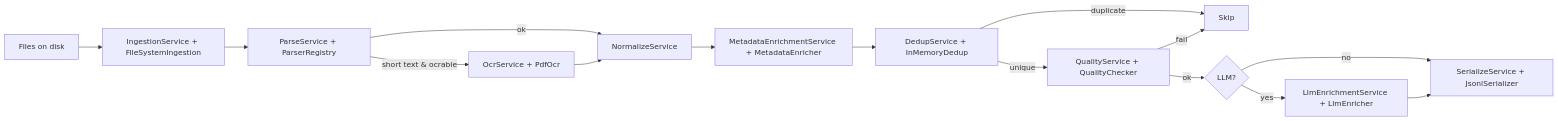
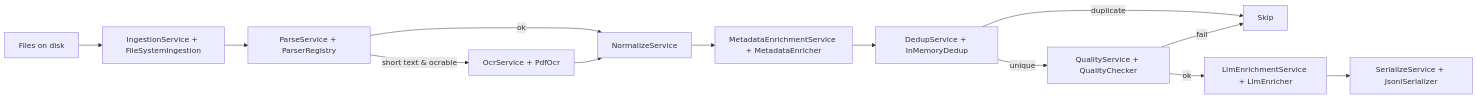
One commit to JelsikJozef/HabithonAI changed the diagram in src/preprocessing/README.md. Above: the diagram before and after it, drawn with Mermaid. The commit also changed other lines of this file and 5 other files, not shown here.

````diff
--- a/src/preprocessing/README.md
+++ b/src/preprocessing/README.md
@@ -111,16 +111,14 @@
 ```mermaid
 flowchart LR
   A[Files on disk] --> B[IngestionService + FileSystemIngestion]
   B --> C[ParseService + ParserRegistry]
   C -->|short text & ocrable| D[OcrService + PdfOcr]
   C -->|ok| E[NormalizeService]
   D --> E
   E --> F[MetadataEnrichmentService + MetadataEnricher]
   F --> G[DedupService + InMemoryDedup]
   G -->|duplicate| H[Skip]
   G -->|unique| I[QualityService + QualityChecker]
   I -->|fail| H
-  I -->|ok| J{LLM?}
-  J -->|no| K[SerializeService + JsonlSerializer]
-  J -->|yes| L[LlmEnrichmentService + LlmEnricher] --> K
+  I -->|ok| L[LlmEnrichmentService + LlmEnricher] --> K[SerializeService + JsonlSerializer]
 ```
````
